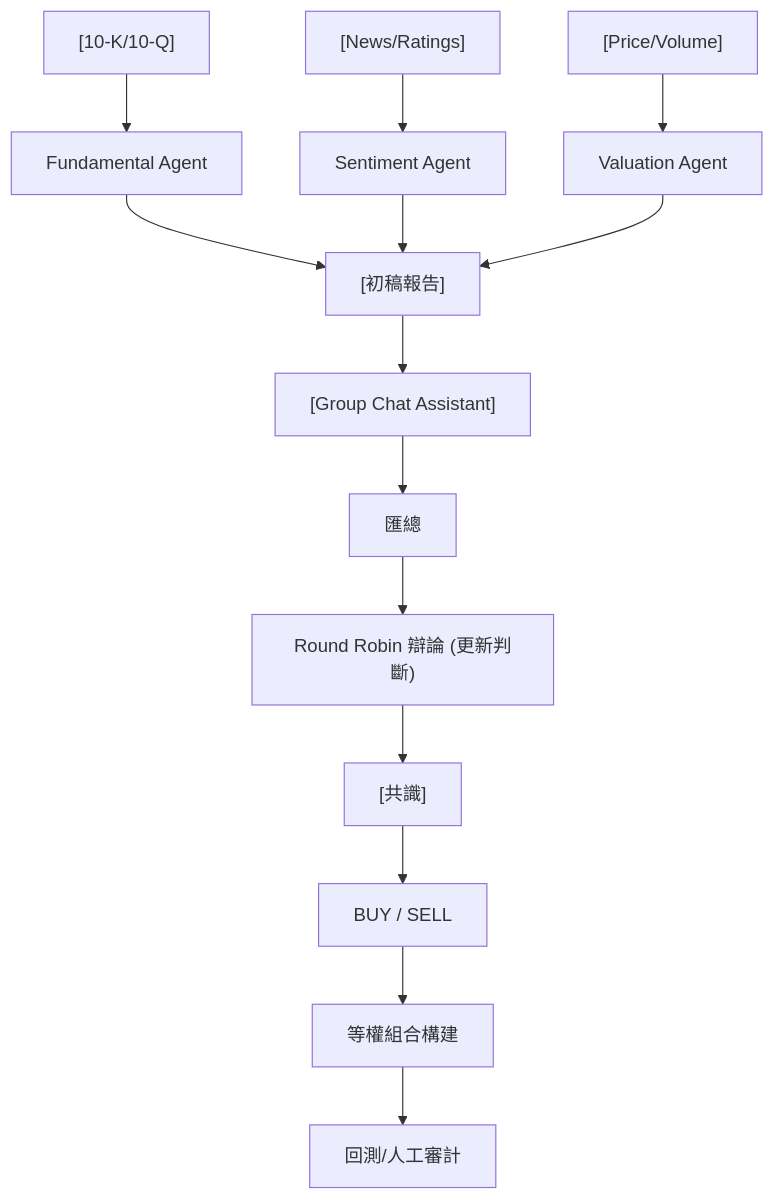
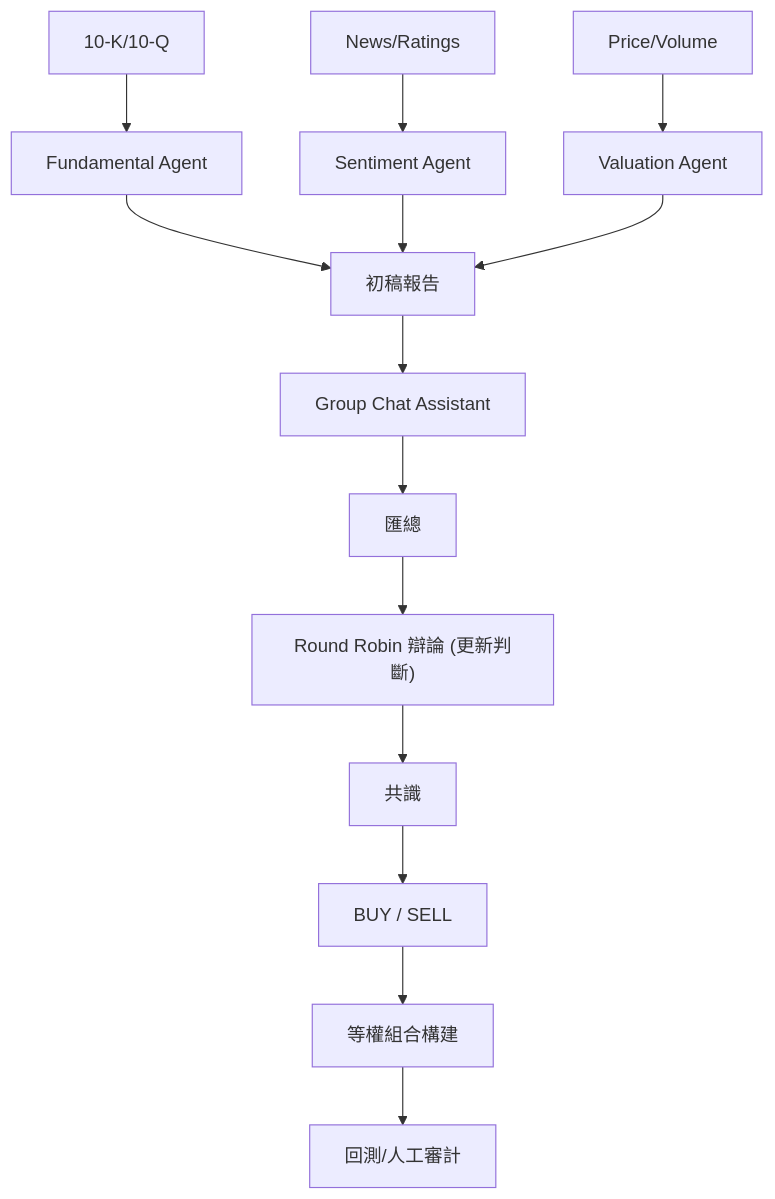
The diagram in foundations/llm-agentic/alphaagents.md (sou350121/Trading-Handbook), drawn with Mermaid before and after one commit. The commit also changed 191 other files, not shown here.

First line of the commit message:
render: fix math + mermaid for GitHub across the corpus (188 pages)

````diff
--- a/foundations/llm-agentic/alphaagents.md
+++ b/foundations/llm-agentic/alphaagents.md
@@ -29,16 +29,16 @@
 ```mermaid
 flowchart TD
-    A["[10-K/10-Q]"] --> B["Fundamental Agent"]
-    B --> C["[初稿報告]"]
-    D["[News/Ratings]"] --> E["Sentiment Agent"]
+    A["10-K/10-Q"] --> B["Fundamental Agent"]
+    B --> C["初稿報告"]
+    D["News/Ratings"] --> E["Sentiment Agent"]
     E --> C
-    F["[Price/Volume]"] --> G["Valuation Agent"]
+    F["Price/Volume"] --> G["Valuation Agent"]
     G --> C
-    C --> H["[Group Chat Assistant]"]
+    C --> H["Group Chat Assistant"]
     H --> I["匯總"]
     I --> J["Round Robin 辯論 (更新判斷)"]
-    J --> K["[共識]"]
+    J --> K["共識"]
     K --> L["BUY / SELL"]
     L --> M["等權組合構建"]
     M --> N["回測/人工審計"]
 ```
````
